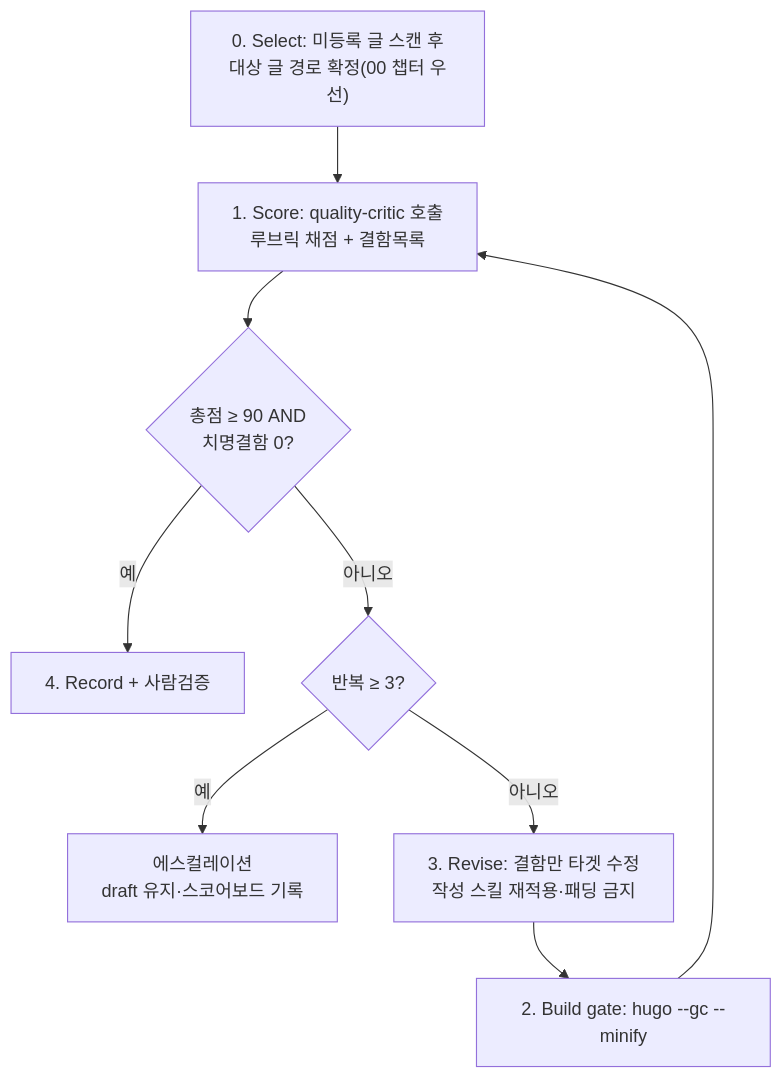
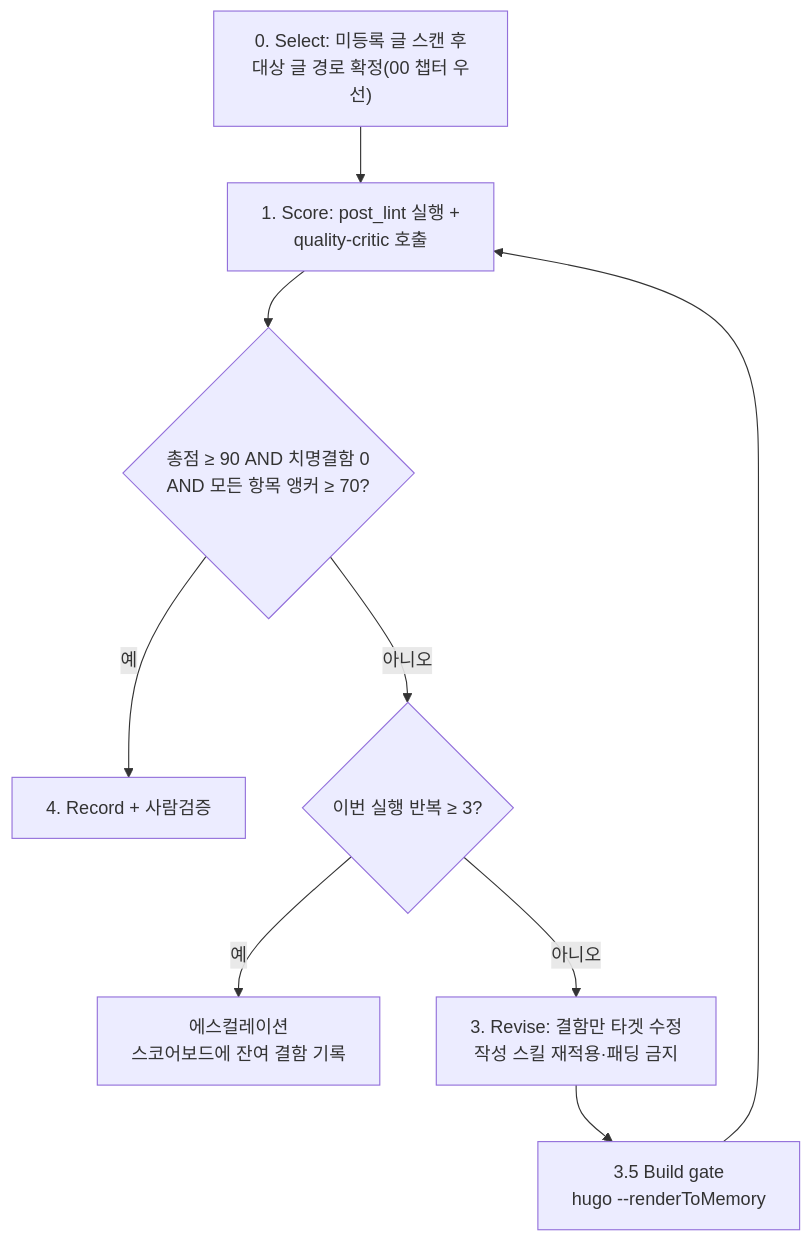
The diagram in .claude/skills/post-quality-loop/SKILL.md (42jerrykim/42jerrykim.github.io), drawn with Mermaid before and after one commit. The commit also changed other lines of this file and 5 other files, not shown here.

First line of the commit message:
feat: post-quality-loop 루브릭 1.1 — 점수 인플레이션 차단과 기계 판정 분리

````diff
--- a/.claude/skills/post-quality-loop/SKILL.md
+++ b/.claude/skills/post-quality-loop/SKILL.md
@@ -19,11 +19,11 @@
 ```mermaid
 flowchart TD
-    A["0. Select: 미등록 글 스캔 후<br/>대상 글 경로 확정(00 챕터 우선)"] --> B["1. Score: quality-critic 호출<br/>루브릭 채점 + 결함목록"]
-    B --> C{"총점 ≥ 90 AND<br/>치명결함 0?"}
+    A["0. Select: 미등록 글 스캔 후<br/>대상 글 경로 확정(00 챕터 우선)"] --> B["1. Score: post_lint 실행 +<br/>quality-critic 호출"]
+    B --> C{"총점 ≥ 90 AND 치명결함 0<br/>AND 모든 항목 앵커 ≥ 70?"}
     C -->|"예"| E["4. Record + 사람검증"]
-    C -->|"아니오"| D{"반복 ≥ 3?"}
-    D -->|"예"| F["에스컬레이션<br/>draft 유지·스코어보드 기록"]
+    C -->|"아니오"| D{"이번 실행 반복 ≥ 3?"}
+    D -->|"예"| F["에스컬레이션<br/>스코어보드에 잔여 결함 기록"]
     D -->|"아니오"| G["3. Revise: 결함만 타겟 수정<br/>작성 스킬 재적용·패딩 금지"]
-    G --> H["2. Build gate: hugo --gc --minify"]
+    G --> H["3.5 Build gate<br/>hugo --renderToMemory"]
     H --> B
 ```
````
